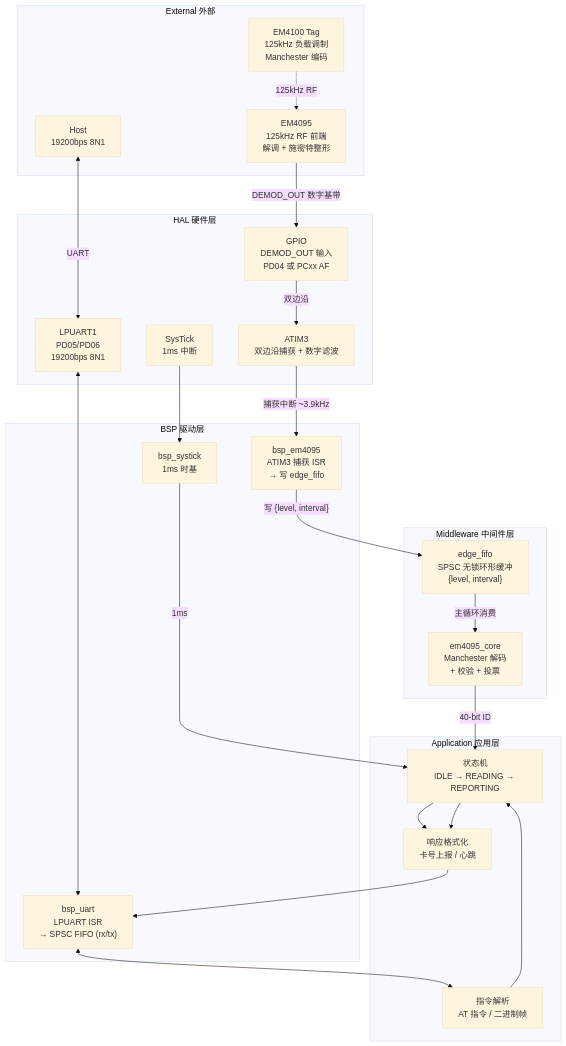
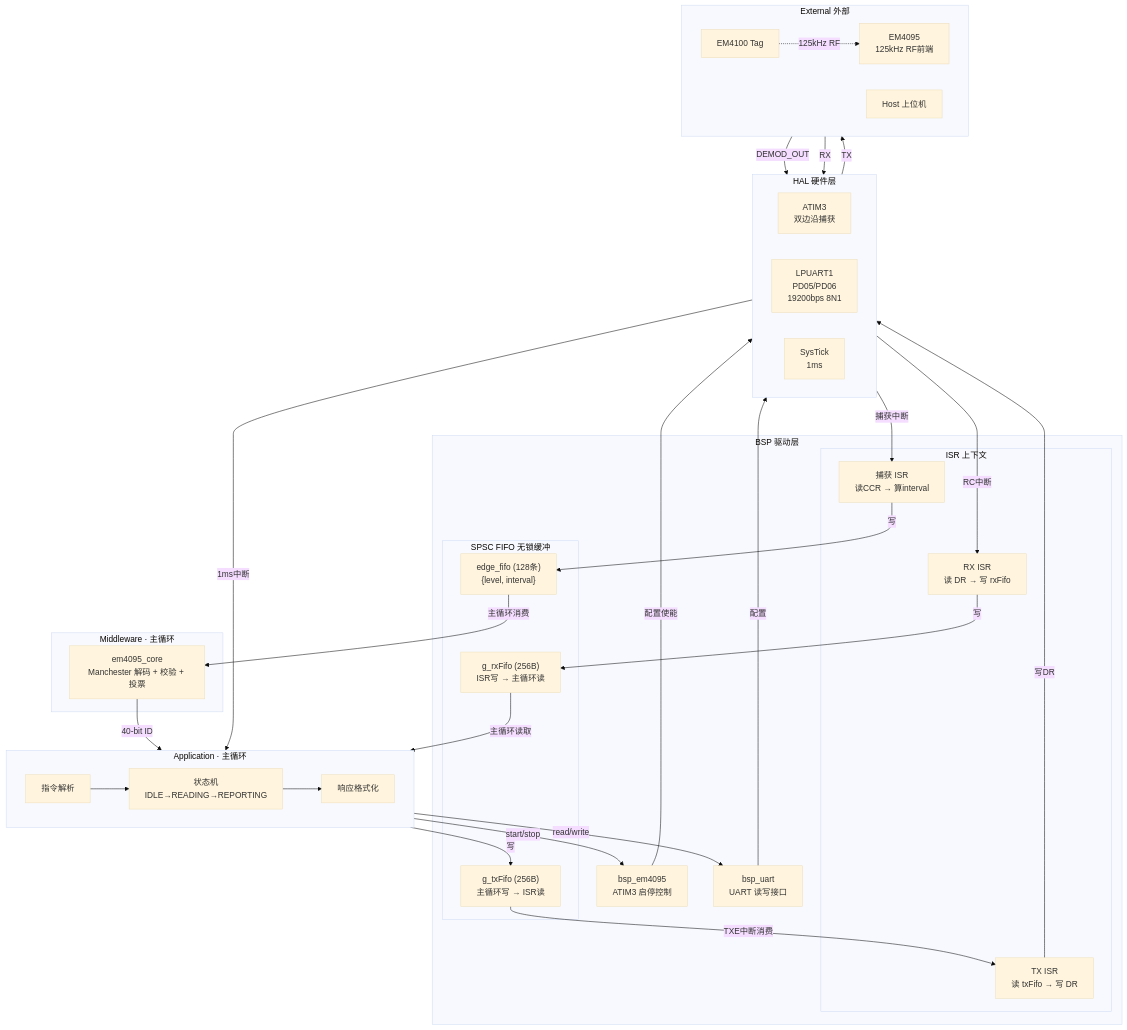
One commit to Siaiai/ObsidianNote changed the first of 4 diagrams in 工作/SR3读卡器/260802SR3读卡器架构.md. Above: the diagram before and after it, drawn with Mermaid (base theme). The commit also changed other lines of this file and 1 other file, not shown here.

````diff
--- a/工作/SR3读卡器/260802SR3读卡器架构.md
+++ b/工作/SR3读卡器/260802SR3读卡器架构.md
@@ -25,52 +25,70 @@
 ```mermaid
-flowchart TB
-    subgraph APP["Application 应用层"]
-        SM["状态机<br/>IDLE → READING → REPORTING"]
-        CMD["指令解析<br/>AT 指令 / 二进制帧"]
-        FMT["响应格式化<br/>卡号上报 / 心跳"]
+flowchart TD
+    subgraph APP["Application · 主循环"]
+        direction LR
+        CMD["指令解析"] --> SM["状态机<br/>IDLE→READING→REPORTING"]
+        SM --> FMT["响应格式化"]
     end
 
-    subgraph MID["Middleware 中间件层"]
-        DEC["em4095_core<br/>Manchester 解码<br/>+ 校验 + 投票"]
-        EDGE_FIFO["edge_fifo<br/>SPSC 无锁环形缓冲<br/>{level, interval}"]
-
-        CMD --> SM
-        SM --> FMT
+    subgraph MID["Middleware · 主循环"]
+        DEC["em4095_core<br/>Manchester 解码 + 校验 + 投票"]
     end
 
     subgraph BSP["BSP 驱动层"]
-        BSP_EM["bsp_em4095<br/>ATIM3 捕获 ISR<br/>→ 写 edge_fifo"]
-        BSP_UART["bsp_uart<br/>LPUART ISR<br/>→ SPSC FIFO (rx/tx)"]
-        BSP_TICK["bsp_systick<br/>1ms 时基"]
+        subgraph FIFO["SPSC FIFO 无锁缓冲"]
+            F3["edge_fifo (128条)<br/>{level, interval}"]
+            F1["g_rxFifo (256B)<br/>ISR写 → 主循环读"]
+            F2["g_txFifo (256B)<br/>主循环写 → ISR读"]
+        end
+        subgraph ISR["ISR 上下文"]
+            ISR_EM["捕获 ISR<br/>读CCR → 算interval"]
+            ISR_RX["RX ISR<br/>读 DR → 写 rxFifo"]
+            ISR_TX["TX ISR<br/>读 txFifo → 写 DR"]
+        end
+        BSP_EM["bsp_em4095<br/>ATIM3 启停控制"]
+        BSP_UART["bsp_uart<br/>UART 读写接口"]
     end
 
     subgraph HAL["HAL 硬件层"]
-        ATIM3["ATIM3<br/>双边沿捕获 + 数字滤波"]
+        direction LR
+        ATIM3["ATIM3<br/>双边沿捕获"]
         LPUART["LPUART1<br/>PD05/PD06<br/>19200bps 8N1"]
-        SYSTICK["SysTick<br/>1ms 中断"]
-        GPIO["GPIO<br/>DEMOD_OUT 输入<br/>PD04 或 PCxx AF"]
+        SYSTICK["SysTick<br/>1ms"]
     end
 
     subgraph EXT["External 外部"]
-        EM4095["EM4095<br/>125kHz RF 前端<br/>解调 + 施密特整形"]
-        TAG["EM4100 Tag<br/>125kHz 负载调制<br/>Manchester 编码"]
-        HOST["Host<br/>19200bps 8N1"]
+        direction LR
+        TAG["EM4100 Tag"]
+        EM4095["EM4095<br/>125kHz RF前端"]
+        HOST["Host 上位机"]
     end
 
+    %% ===== 读卡数据流 =====
     TAG -.->|"125kHz RF"| EM4095
-    EM4095 -->|"DEMOD_OUT 数字基带"| GPIO
-    GPIO -->|"双边沿"| ATIM3
-    ATIM3 -->|"捕获中断 ~3.9kHz"| BSP_EM
-    BSP_EM -->|"写 {level, interval}"| EDGE_FIFO
-    EDGE_FIFO -->|"主循环消费"| DEC
+    EM4095 -->|"DEMOD_OUT"| ATIM3
+    ATIM3 -->|"捕获中断"| ISR_EM
+    ISR_EM -->|"写"| F3
+    F3 -->|"主循环消费"| DEC
     DEC -->|"40-bit ID"| SM
 
-    HOST <-->|"UART"| LPUART
-    LPUART <--> BSP_UART
-    BSP_UART <--> CMD
-    SM --> FMT
-    FMT --> BSP_UART
+    %% ===== 串口 RX 流 =====
+    HOST -->|"RX"| LPUART
+    LPUART -->|"RC中断"| ISR_RX
+    ISR_RX -->|"写"| F1
+    F1 -->|"主循环读取"| CMD
 
-    BSP_TICK -->|"1ms"| SM
-    SYSTICK --> BSP_TICK
+    %% ===== 串口 TX 流 =====
+    FMT -->|"写"| F2
+    F2 -->|"TXE中断消费"| ISR_TX
+    ISR_TX -->|"写DR"| LPUART
+    LPUART -->|"TX"| HOST
+
+    %% ===== 时基 =====
+    SYSTICK -->|"1ms中断"| SM
+
+    %% ===== 控制流 =====
+    SM -->|"start/stop"| BSP_EM
+    BSP_EM -->|"配置使能"| ATIM3
+    SM -->|"read/write"| BSP_UART
+    BSP_UART -->|"配置"| LPUART
 ```
````
